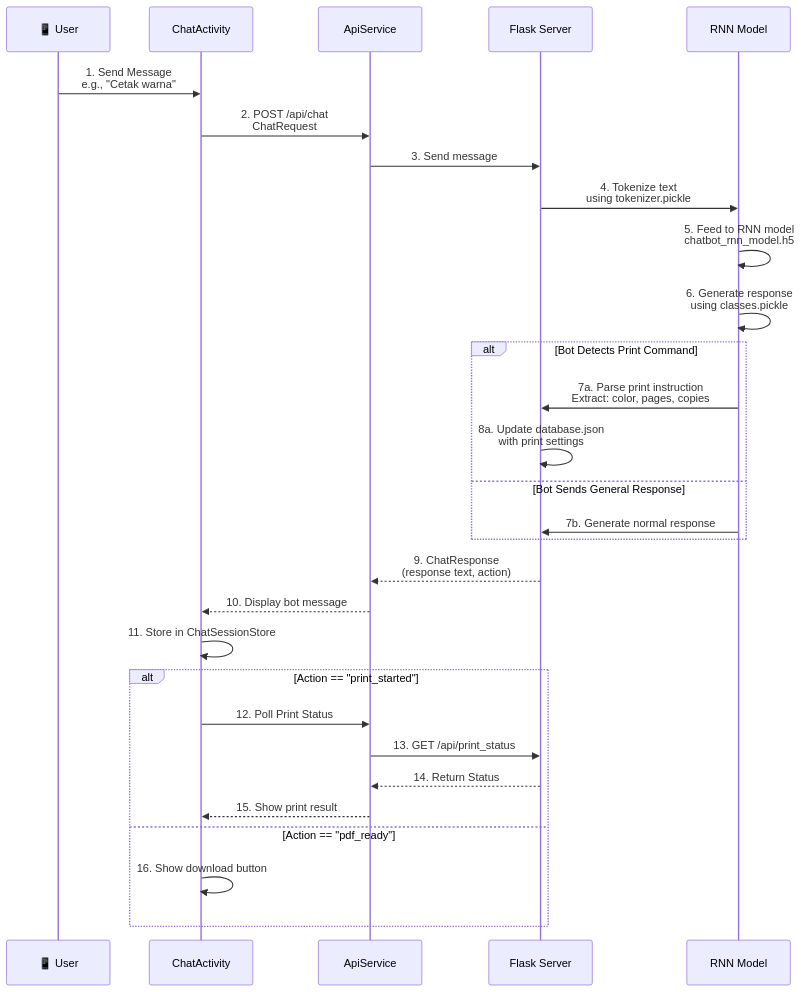
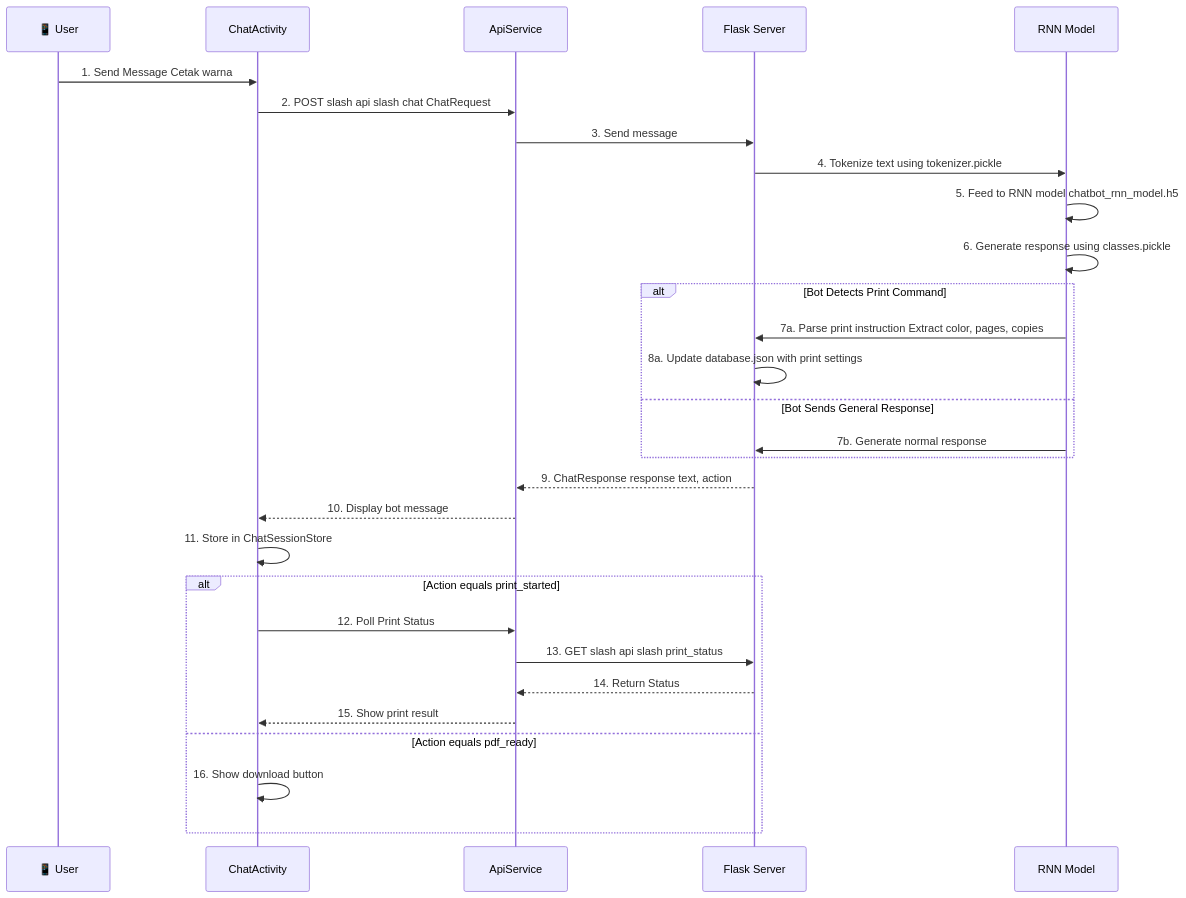
Before and after one commit to FormulaV/PrintBot_Studio: the third of 4 diagrams in ARCHITECTURE_DIAGRAM.md, drawn with Mermaid. The commit also changed other lines of this file, not shown here.

Commit message:
Fix mermaid syntax errors in architecture diagram - replace special characters

````diff
--- a/ARCHITECTURE_DIAGRAM.md
+++ b/ARCHITECTURE_DIAGRAM.md
@@ -250,36 +237,36 @@
 ```mermaid
 sequenceDiagram
     participant User as 📱 User
     participant Chat as ChatActivity
     participant Api as ApiService
     participant Server as Flask Server
     participant Bot as RNN Model
     
-    User->>Chat: 1. Send Message<br/>e.g., "Cetak warna"
-    Chat->>Api: 2. POST /api/chat<br/>ChatRequest
+    User->>Chat: 1. Send Message Cetak warna
+    Chat->>Api: 2. POST slash api slash chat ChatRequest
     Api->>Server: 3. Send message
     
-    Server->>Bot: 4. Tokenize text<br/>using tokenizer.pickle
-    Bot->>Bot: 5. Feed to RNN model<br/>chatbot_rnn_model.h5
-    Bot->>Bot: 6. Generate response<br/>using classes.pickle
+    Server->>Bot: 4. Tokenize text using tokenizer.pickle
+    Bot->>Bot: 5. Feed to RNN model chatbot_rnn_model.h5
+    Bot->>Bot: 6. Generate response using classes.pickle
     
     alt Bot Detects Print Command
-        Bot->>Server: 7a. Parse print instruction<br/>Extract: color, pages, copies
-        Server->>Server: 8a. Update database.json<br/>with print settings
+        Bot->>Server: 7a. Parse print instruction Extract color, pages, copies
+        Server->>Server: 8a. Update database.json with print settings
     else Bot Sends General Response
         Bot->>Server: 7b. Generate normal response
     end
     
-    Server-->>Api: 9. ChatResponse<br/>(response text, action)
+    Server-->>Api: 9. ChatResponse response text, action
     Api-->>Chat: 10. Display bot message
     Chat->>Chat: 11. Store in ChatSessionStore
     
-    alt Action == "print_started"
+    alt Action equals print_started
         Chat->>Api: 12. Poll Print Status
-        Api->>Server: 13. GET /api/print_status
+        Api->>Server: 13. GET slash api slash print_status
         Server-->>Api: 14. Return Status
         Api-->>Chat: 15. Show print result
-    else Action == "pdf_ready"
+    else Action equals pdf_ready
         Chat->>Chat: 16. Show download button
     end
 ```
````
